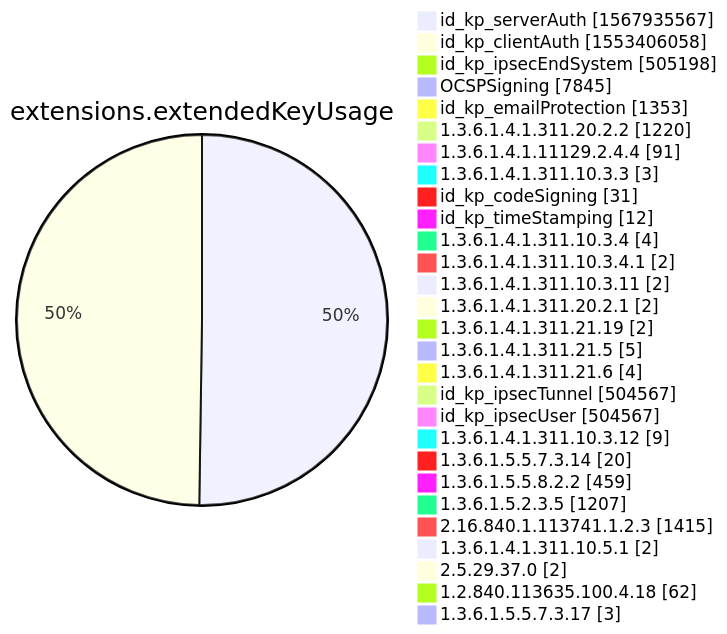
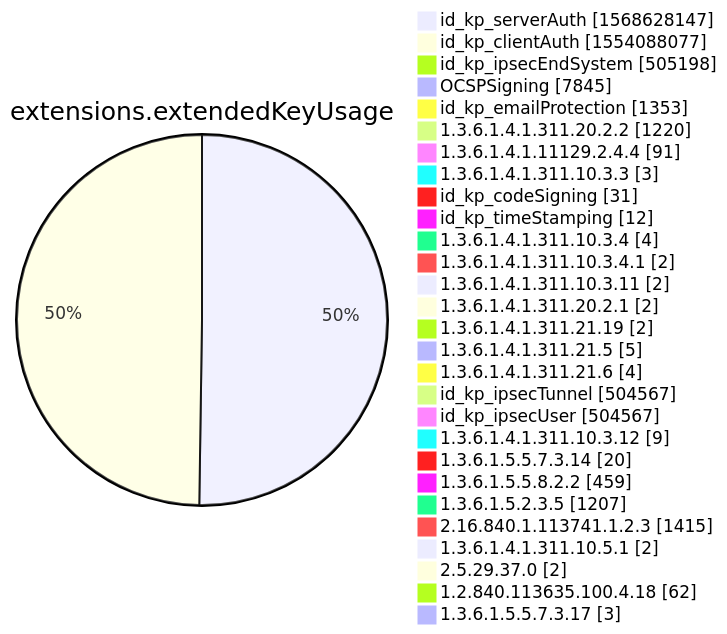
Diagram 12 of 15 in xenon2022/README.md (christiankrug/ctmonitor_visualization), drawn with Mermaid before and after one commit. The commit also changed other lines of this file, not shown here.

````diff
--- a/xenon2022/README.md
+++ b/xenon2022/README.md
@@ -3883,32 +3883,32 @@
 ```mermaid
 pie showData
 title extensions.extendedKeyUsage
-"id_kp_serverAuth" :1567935567
-"id_kp_clientAuth" :1553406058
+"id_kp_serverAuth" :1568628147
+"id_kp_clientAuth" :1554088077
 "id_kp_ipsecEndSystem" :505198
 "OCSPSigning" :7845
 "id_kp_emailProtection" :1353
 "1.3.6.1.4.1.311.20.2.2" :1220
 "1.3.6.1.4.1.11129.2.4.4" :91
 "1.3.6.1.4.1.311.10.3.3" :3
 "id_kp_codeSigning" :31
 "id_kp_timeStamping" :12
 "1.3.6.1.4.1.311.10.3.4" :4
 "1.3.6.1.4.1.311.10.3.4.1" :2
 "1.3.6.1.4.1.311.10.3.11" :2
 "1.3.6.1.4.1.311.20.2.1" :2
 "1.3.6.1.4.1.311.21.19" :2
 "1.3.6.1.4.1.311.21.5" :5
 "1.3.6.1.4.1.311.21.6" :4
 "id_kp_ipsecTunnel" :504567
 "id_kp_ipsecUser" :504567
 "1.3.6.1.4.1.311.10.3.12" :9
 "1.3.6.1.5.5.7.3.14" :20
 "1.3.6.1.5.5.8.2.2" :459
 "1.3.6.1.5.2.3.5" :1207
 "2.16.840.1.113741.1.2.3" :1415
 "1.3.6.1.4.1.311.10.5.1" :2
 "2.5.29.37.0" :2
 "1.2.840.113635.100.4.18" :62
 "1.3.6.1.5.5.7.3.17" :3
 ```
````
